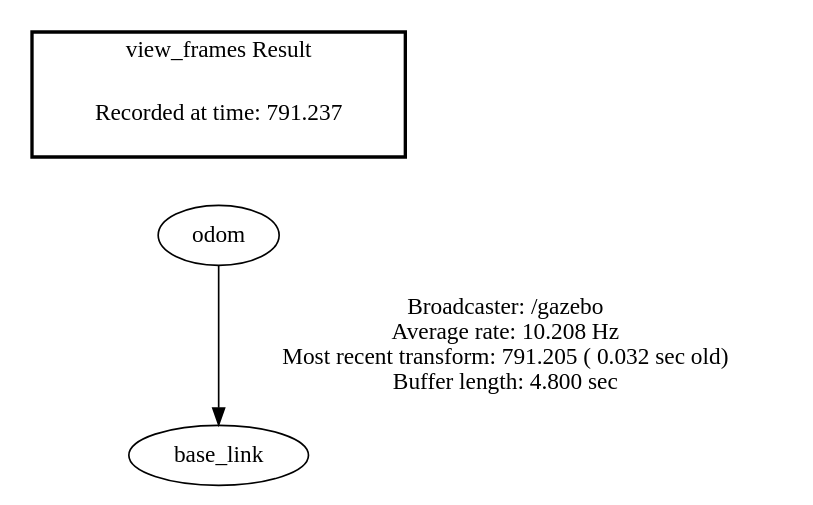
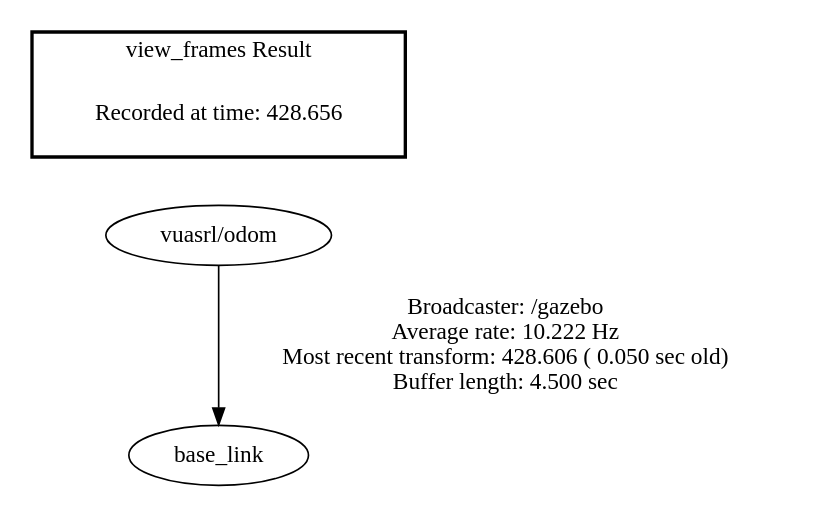
Before and after one commit to 98kje/CJU_MASTER: the diagram in vuasrl_ws/frames.gv, drawn with Graphviz. The commit also changed 3742 other files, not shown here.

```diff
--- a/vuasrl_ws/frames.gv
+++ b/vuasrl_ws/frames.gv
@@ -1,7 +1,7 @@
 digraph G {
-"odom" -> "base_link"[label="Broadcaster: /gazebo\nAverage rate: 10.208 Hz\nMost recent transform: 791.205 ( 0.032 sec old)\nBuffer length: 4.800 sec\n"];
+"vuasrl/odom" -> "base_link"[label="Broadcaster: /gazebo\nAverage rate: 10.222 Hz\nMost recent transform: 428.606 ( 0.050 sec old)\nBuffer length: 4.500 sec\n"];
 edge [style=invis];
  subgraph cluster_legend { style=bold; color=black; label ="view_frames Result";
-"Recorded at time: 791.237"[ shape=plaintext ] ;
- }->"odom";
+"Recorded at time: 428.656"[ shape=plaintext ] ;
+ }->"vuasrl/odom";
 }
```
